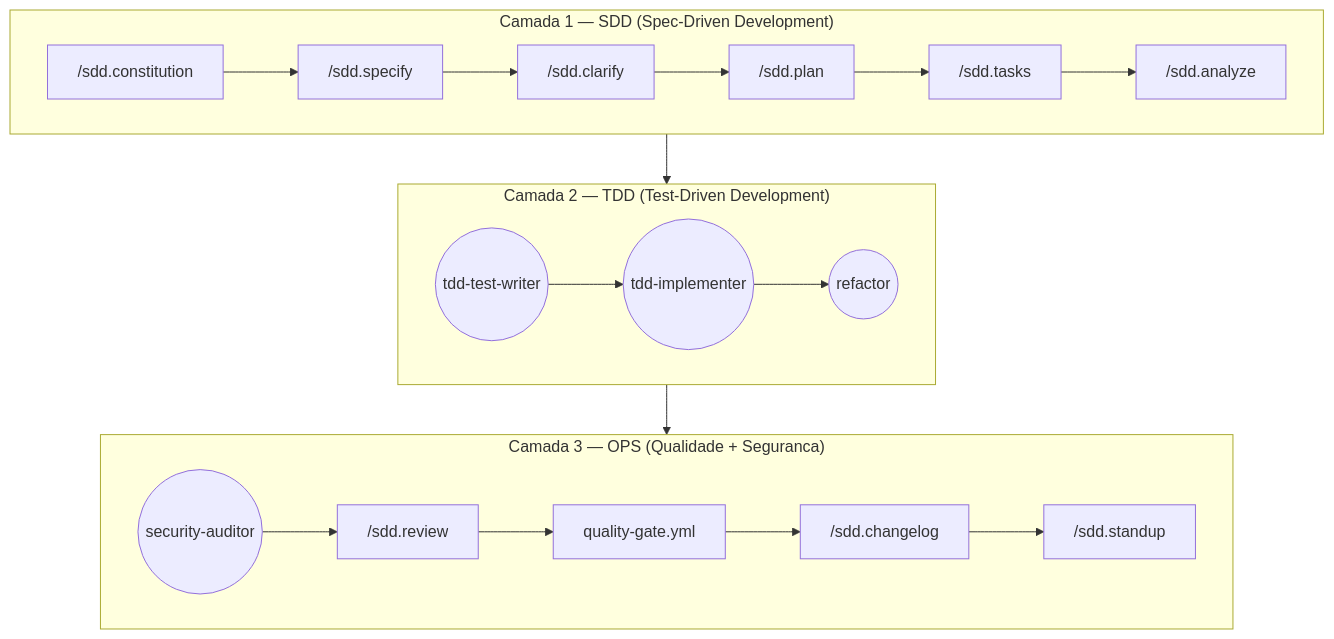
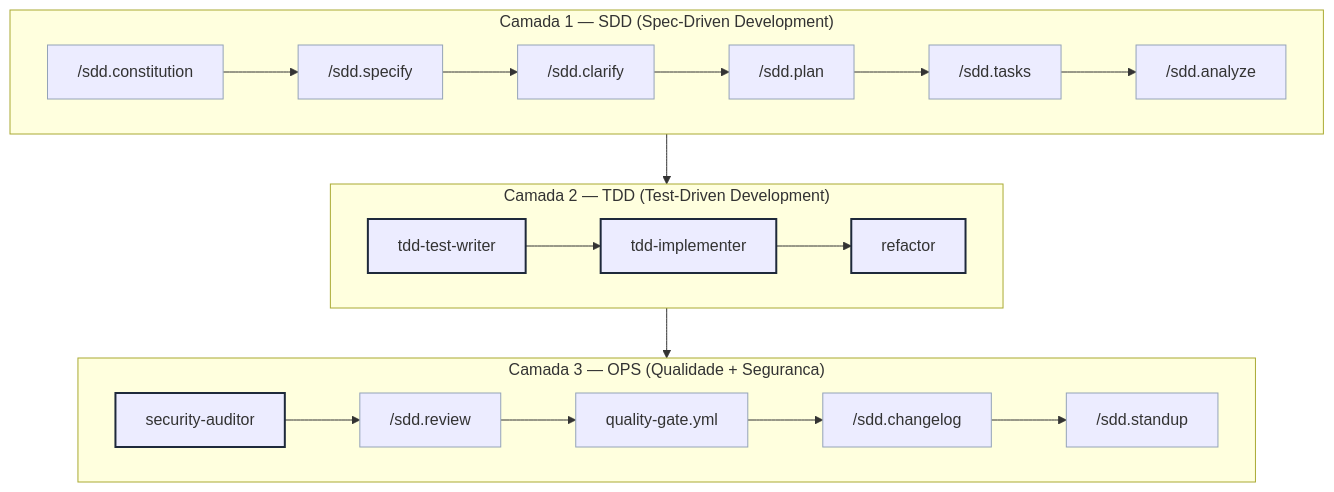
Before and after one commit to jonatascatarina/ai-first-pipeline: the diagram in README.pt-BR.md, drawn with Mermaid. The commit also changed other lines of this file and 1 other file, not shown here.

Commit message:
fix: use border weight to differentiate agents from commands

````diff
--- a/README.pt-BR.md
+++ b/README.pt-BR.md
@@ -122,13 +122,19 @@
 ```mermaid
 flowchart TD
+    classDef agent stroke:#1E293B,stroke-width:2px
+    classDef command stroke:#94A3B8,stroke-width:1px
+
     subgraph L1 ["Camada 1 — SDD  (Spec-Driven Development)"]
         A["/sdd.constitution"] --> B["/sdd.specify"] --> C["/sdd.clarify"] --> D["/sdd.plan"] --> E["/sdd.tasks"] --> F["/sdd.analyze"]
     end
     subgraph L2 ["Camada 2 — TDD  (Test-Driven Development)"]
-        G(("tdd-test-writer")) --> H(("tdd-implementer")) --> I(("refactor"))
+        G["tdd-test-writer"] --> H["tdd-implementer"] --> I["refactor"]
     end
     subgraph L3 ["Camada 3 — OPS  (Qualidade + Seguranca)"]
-        J(("security-auditor")) --> K["/sdd.review"] --> L["quality-gate.yml"] --> M["/sdd.changelog"] --> N["/sdd.standup"]
+        J["security-auditor"] --> K["/sdd.review"] --> L["quality-gate.yml"] --> M["/sdd.changelog"] --> N["/sdd.standup"]
     end
     L1 --> L2 --> L3
+
+    class G,H,I,J agent
+    class A,B,C,D,E,F,K,L,M,N command
 ```
````
